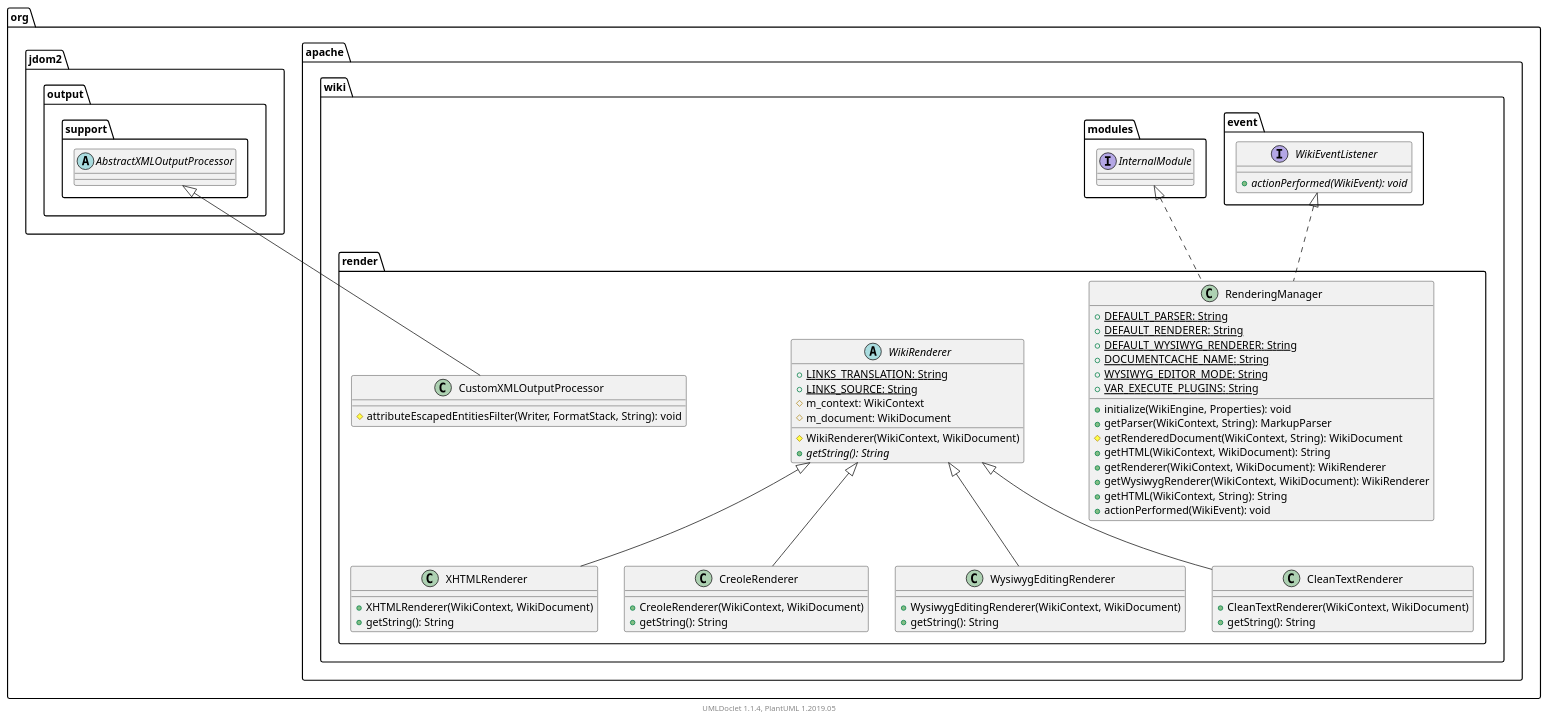
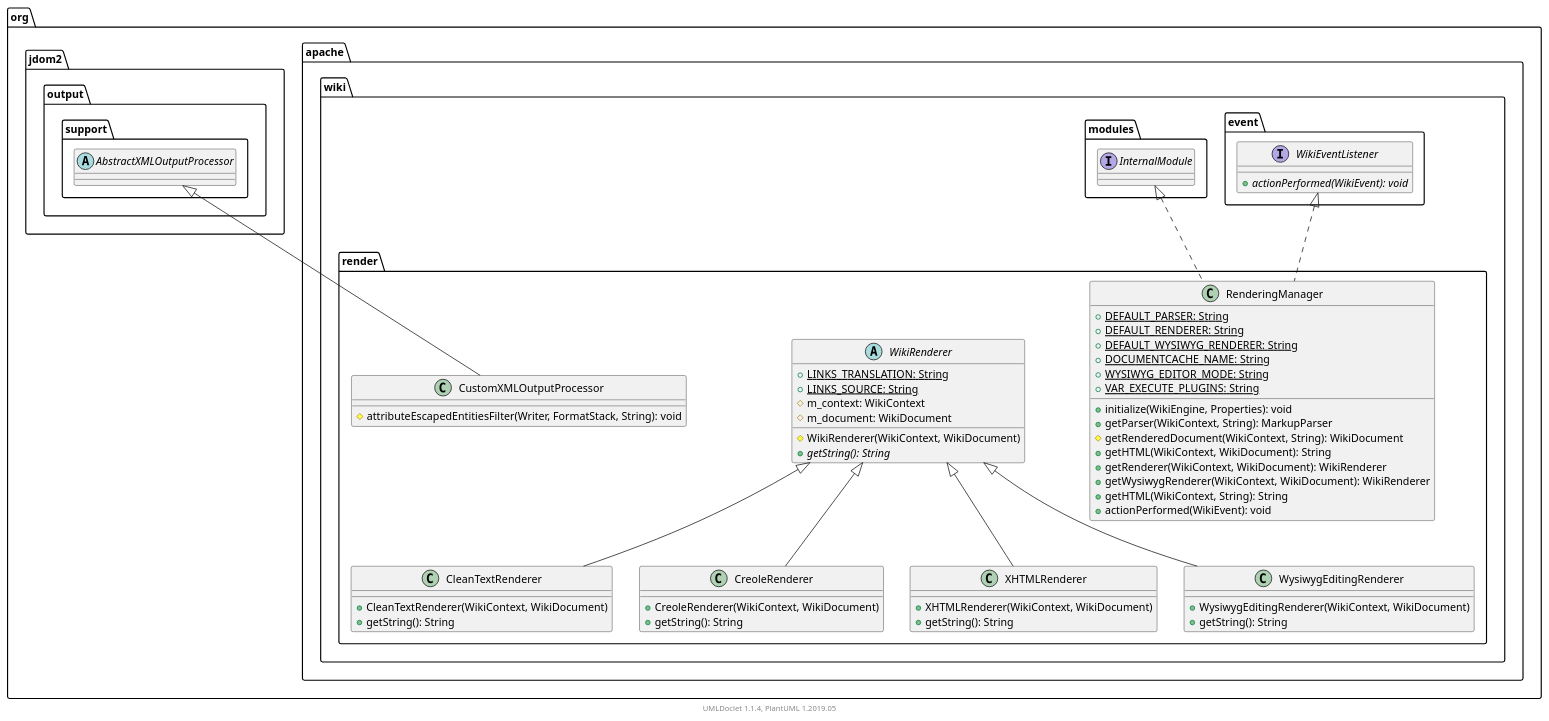
One commit to apache/jspwiki-site changed the diagram in apidocs/2.11.0.M7-SNAPSHOT/org/apache/wiki/render/package.puml. Above: the diagram before and after it, drawn with PlantUML. The commit also changed other lines of this file and 1696 other files, not shown here.

```diff
--- a/apidocs/2.11.0.M7-SNAPSHOT/org/apache/wiki/render/package.puml
+++ b/apidocs/2.11.0.M7-SNAPSHOT/org/apache/wiki/render/package.puml
@@ -1,78 +1,78 @@
 @startuml
 
     namespace org.apache.wiki.render {
 
-        class CustomXMLOutputProcessor [[CustomXMLOutputProcessor.html]] {
-            #attributeEscapedEntitiesFilter(Writer, FormatStack, String): void
+        class CleanTextRenderer [[CleanTextRenderer.html]] {
+            +CleanTextRenderer(WikiContext, WikiDocument)
+            +getString(): String
+        }
+
+        class CreoleRenderer [[CreoleRenderer.html]] {
+            +CreoleRenderer(WikiContext, WikiDocument)
+            +getString(): String
         }
 
         class XHTMLRenderer [[XHTMLRenderer.html]] {
             +XHTMLRenderer(WikiContext, WikiDocument)
             +getString(): String
         }
 
-        abstract class WikiRenderer [[WikiRenderer.html]] {
-            {static} +LINKS_TRANSLATION: String
-            {static} +LINKS_SOURCE: String
-            #m_context: WikiContext
-            #m_document: WikiDocument
-            #WikiRenderer(WikiContext, WikiDocument)
-            {abstract} +getString(): String
+        class WysiwygEditingRenderer [[WysiwygEditingRenderer.html]] {
+            +WysiwygEditingRenderer(WikiContext, WikiDocument)
+            +getString(): String
         }
 
         class RenderingManager [[RenderingManager.html]] {
             {static} +DEFAULT_PARSER: String
             {static} +DEFAULT_RENDERER: String
             {static} +DEFAULT_WYSIWYG_RENDERER: String
             {static} +DOCUMENTCACHE_NAME: String
             {static} +WYSIWYG_EDITOR_MODE: String
             {static} +VAR_EXECUTE_PLUGINS: String
             +initialize(WikiEngine, Properties): void
             +getParser(WikiContext, String): MarkupParser
             #getRenderedDocument(WikiContext, String): WikiDocument
             +getHTML(WikiContext, WikiDocument): String
             +getRenderer(WikiContext, WikiDocument): WikiRenderer
             +getWysiwygRenderer(WikiContext, WikiDocument): WikiRenderer
             +getHTML(WikiContext, String): String
             +actionPerformed(WikiEvent): void
         }
 
-        class CreoleRenderer [[CreoleRenderer.html]] {
-            +CreoleRenderer(WikiContext, WikiDocument)
-            +getString(): String
+        abstract class WikiRenderer [[WikiRenderer.html]] {
+            {static} +LINKS_TRANSLATION: String
+            {static} +LINKS_SOURCE: String
+            #m_context: WikiContext
+            #m_document: WikiDocument
+            #WikiRenderer(WikiContext, WikiDocument)
+            {abstract} +getString(): String
         }
 
-        class WysiwygEditingRenderer [[WysiwygEditingRenderer.html]] {
-            +WysiwygEditingRenderer(WikiContext, WikiDocument)
-            +getString(): String
+        class CustomXMLOutputProcessor [[CustomXMLOutputProcessor.html]] {
+            #attributeEscapedEntitiesFilter(Writer, FormatStack, String): void
         }
 
-        class CleanTextRenderer [[CleanTextRenderer.html]] {
-            +CleanTextRenderer(WikiContext, WikiDocument)
-            +getString(): String
-        }
+        WikiRenderer <|-- CleanTextRenderer
 
-        abstract class org.jdom2.output.support.AbstractXMLOutputProcessor
-        org.jdom2.output.support.AbstractXMLOutputProcessor <|-- CustomXMLOutputProcessor
+        WikiRenderer <|-- CreoleRenderer
 
         WikiRenderer <|-- XHTMLRenderer
+
+        WikiRenderer <|-- WysiwygEditingRenderer
 
         interface org.apache.wiki.event.WikiEventListener {
             {abstract} +actionPerformed(WikiEvent): void
         }
         org.apache.wiki.event.WikiEventListener <|.. RenderingManager
 
         interface org.apache.wiki.modules.InternalModule
         org.apache.wiki.modules.InternalModule <|.. RenderingManager
 
-        WikiRenderer <|-- CreoleRenderer
-
-        WikiRenderer <|-- WysiwygEditingRenderer
-
-        WikiRenderer <|-- CleanTextRenderer
+        abstract class org.jdom2.output.support.AbstractXMLOutputProcessor
+        org.jdom2.output.support.AbstractXMLOutputProcessor <|-- CustomXMLOutputProcessor
 
     }
 
 
     center footer UMLDoclet 1.1.4, PlantUML 1.2019.05
 @enduml
```
